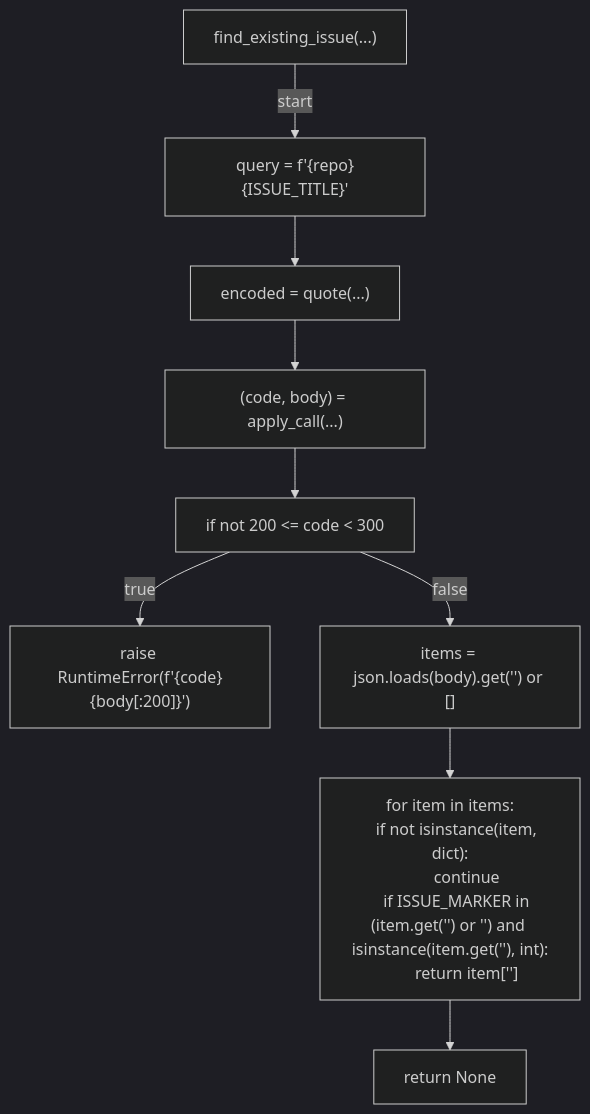
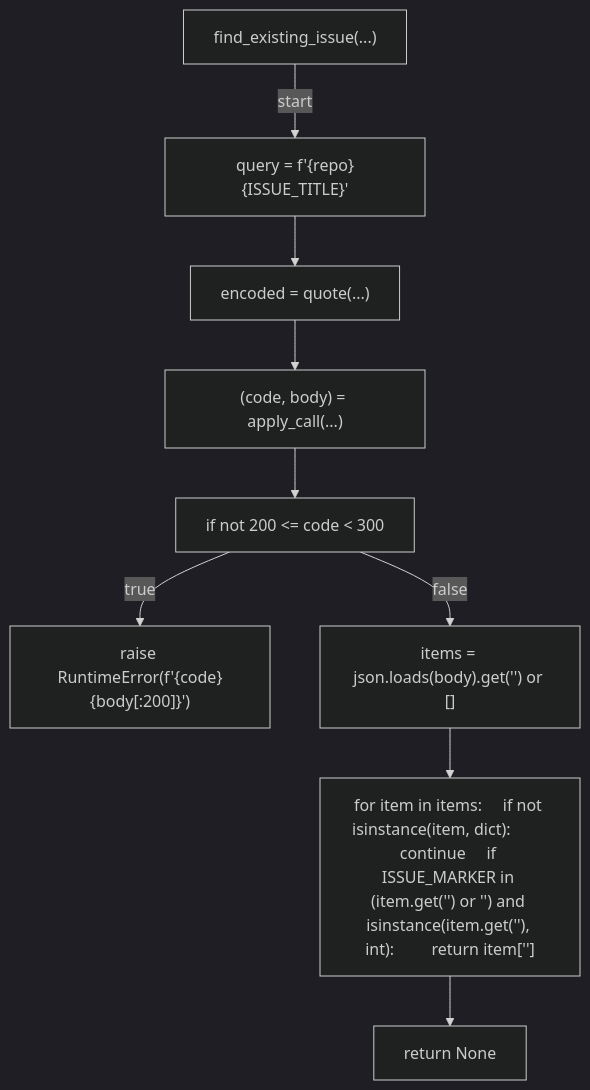
Before and after one commit to tvna/claude-md: the sixth of 9 diagrams in docs/generated/scripts/ast/ci_budget_issue.md, drawn with Mermaid (dark theme). The commit also changed other lines of this file and 20 other files, not shown here.

First line of the commit message:
docs(generated): regenerate decision tree and workflow diagrams (batch 1/5)

````diff
--- a/docs/generated/scripts/ast/ci_budget_issue.md
+++ b/docs/generated/scripts/ast/ci_budget_issue.md
@@ -89,24 +86,20 @@
 ```mermaid
 flowchart TD
     N001["find_existing_issue(...)"]
     N002["query = f'<str>{repo}<str>{ISSUE_TITLE}<str>'"]
     N003["encoded = quote(...)"]
     N004["(code, body) = apply_call(...)"]
     N005["if not 200 <= code < 300"]
     N006["raise RuntimeError(f'<str>{code}<str>{body[:200]}')"]
     N007["items = json.loads(body).get('<str>') or []"]
-    N008["for item in items:
-    if not isinstance(item, dict):
-        continue
-    if ISSUE_MARKER in (item.get('<str>') or '<str>') and isinstance(item.get('<str>'), int):
-        return item['<str>']"]
+    N008["for item in items:     if not isinstance(item, dict):         continue     if ISSUE_MARKER in (item.get('<str>') or '<str>') and isinstance(item.get('<str>'), int):         return item['<str>']"]
     N009["return None"]
     N001 -->|"start"| N002
     N002 --> N003
     N003 --> N004
     N004 --> N005
     N005 -->|"true"| N006
     N005 -->|"false"| N007
     N007 --> N008
     N008 --> N009
 ```
````
